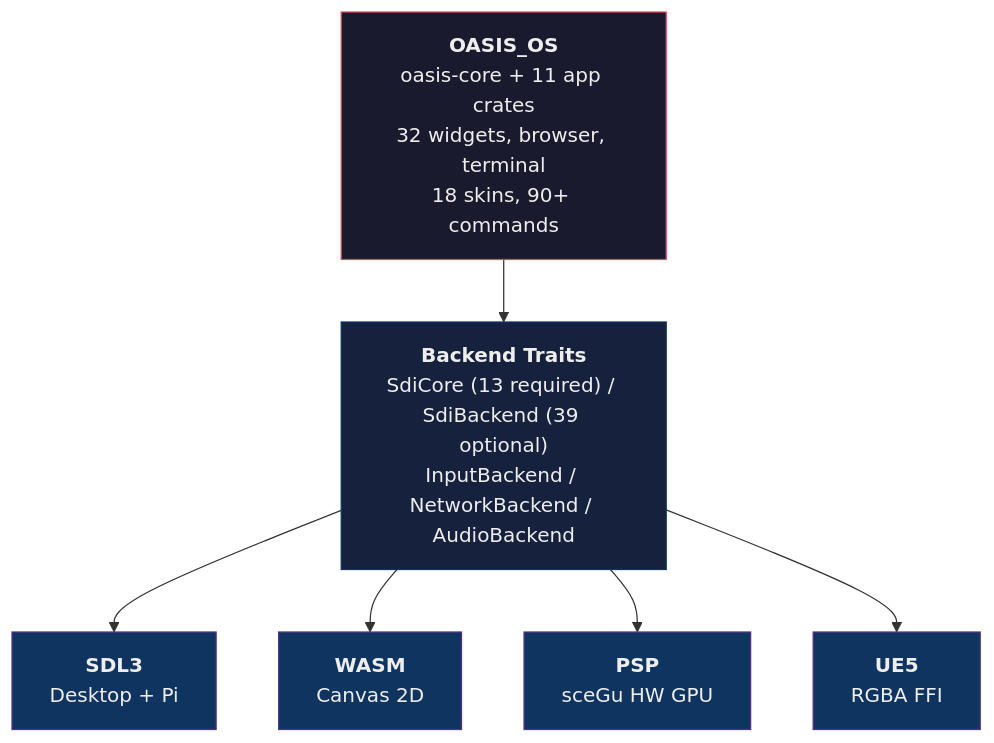
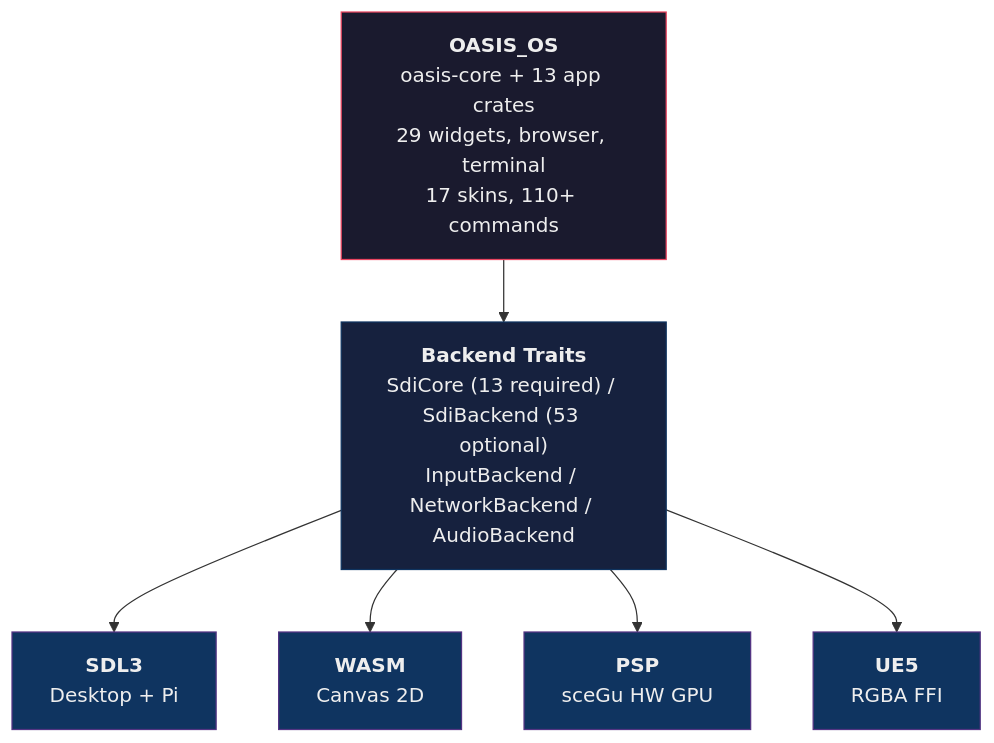
One commit to AndrewAltimit/oasis-os changed the diagram in README.md. Above: the diagram before and after it, drawn with Mermaid. The commit also changed other lines of this file and 489 other files, not shown here.

````diff
--- a/README.md
+++ b/README.md
@@ -54,23 +54,23 @@
 ```mermaid
 graph TD
-    APP["<b>OASIS_OS</b><br/>oasis-core + 11 app crates<br/>32 widgets, browser, terminal<br/>18 skins, 90+ commands"]
-    TRAITS["<b>Backend Traits</b><br/>SdiCore (13 required) / SdiBackend (39 optional)<br/>InputBackend / NetworkBackend / AudioBackend"]
+    APP["<b>OASIS_OS</b><br/>oasis-core + 13 app crates<br/>29 widgets, browser, terminal<br/>17 skins, 110+ commands"]
+    TRAITS["<b>Backend Traits</b><br/>SdiCore (13 required) / SdiBackend (53 optional)<br/>InputBackend / NetworkBackend / AudioBackend"]
 
     SDL["<b>SDL3</b><br/>Desktop + Pi"]
     WASM["<b>WASM</b><br/>Canvas 2D"]
     PSP["<b>PSP</b><br/>sceGu HW GPU"]
     UE5["<b>UE5</b><br/>RGBA FFI"]
 
     APP --> TRAITS
     TRAITS --> SDL
     TRAITS --> WASM
     TRAITS --> PSP
     TRAITS --> UE5
 
     style APP fill:#1a1a2e,stroke:#e94560,color:#eee
     style TRAITS fill:#16213e,stroke:#0f3460,color:#eee
     style SDL fill:#0f3460,stroke:#533483,color:#eee
     style WASM fill:#0f3460,stroke:#533483,color:#eee
     style PSP fill:#0f3460,stroke:#533483,color:#eee
     style UE5 fill:#0f3460,stroke:#533483,color:#eee
 ```
````
